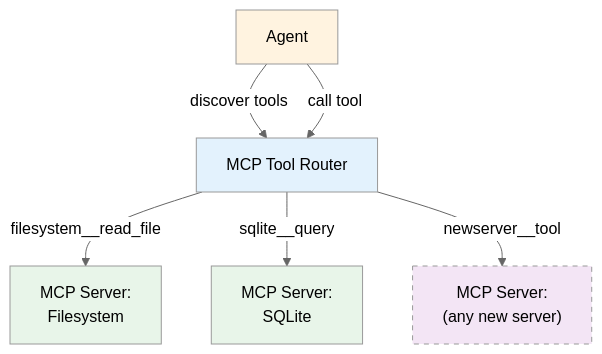
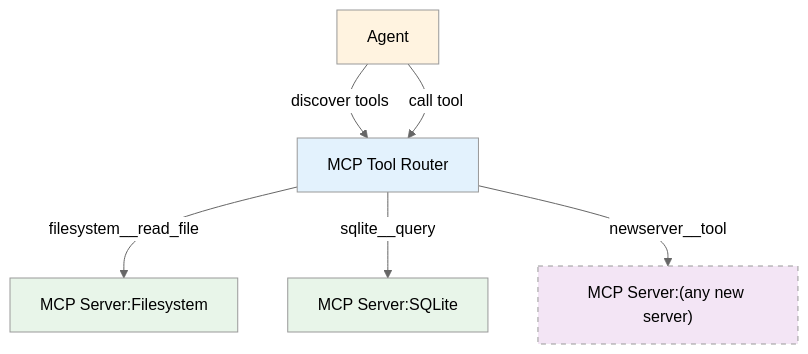
One commit to arctyra-ai/agentic-samples changed the third of 9 diagrams in ARCHITECTURE_DIAGRAMS.md. Above: the diagram before and after it, drawn with Mermaid (neutral theme). The commit also changed other lines of this file, not shown here.

Commit message:
Update architecture diagrams formatting

````diff
--- a/ARCHITECTURE_DIAGRAMS.md
+++ b/ARCHITECTURE_DIAGRAMS.md
@@ -73,20 +73,20 @@
 ```mermaid
 graph TB
     Agent["Agent"]
     Router["MCP Tool Router"]
-    FS["MCP Server:\nFilesystem"]
-    DB["MCP Server:\nSQLite"]
-    Future["MCP Server:\n(any new server)"]
+    FS["MCP Server:Filesystem"]
+    DB["MCP Server:SQLite"]
+    Future["MCP Server:(any new server)"]
 
     Agent -->|discover tools| Router
     Agent -->|call tool| Router
     Router -->|filesystem__read_file| FS
     Router -->|sqlite__query| DB
     Router -->|newserver__tool| Future
 
     style Agent fill:#fff3e0
     style Router fill:#e3f2fd
     style FS fill:#e8f5e9
     style DB fill:#e8f5e9
     style Future fill:#f3e5f5,stroke-dasharray: 5 5
 ```
````
